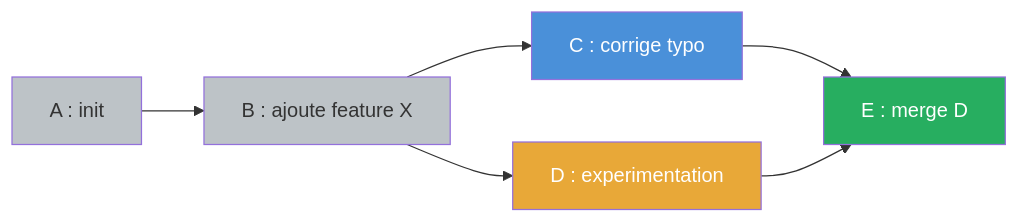
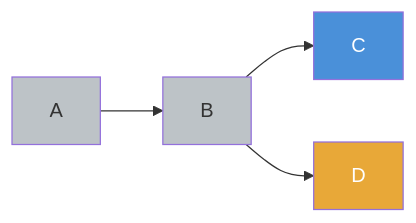
One commit to IUTInfoAix-R203/cours changed the second of 7 diagrams in cm1-artisanat-et-git.md. Above: the diagram before and after it, drawn with Mermaid. The commit also changed other lines of this file and 1 other file, not shown here.

````diff
--- a/cm1-artisanat-et-git.md
+++ b/cm1-artisanat-et-git.md
@@ -430,14 +394,11 @@
 ```mermaid
 graph LR
-    A[A : init] --> B[B : ajoute feature X]
-    B --> C[C : corrige typo]
-    B --> D[D : experimentation]
-    C --> E[E : merge D]
-    D --> E
+    A[A] --> B[B]
+    B --> C[C]
+    B --> D[D]
     
     style A fill:#bdc3c7
     style B fill:#bdc3c7
     style C fill:#4a90d9,color:#fff
     style D fill:#e8a838,color:#fff
-    style E fill:#27ae60,color:#fff
 ```
````
